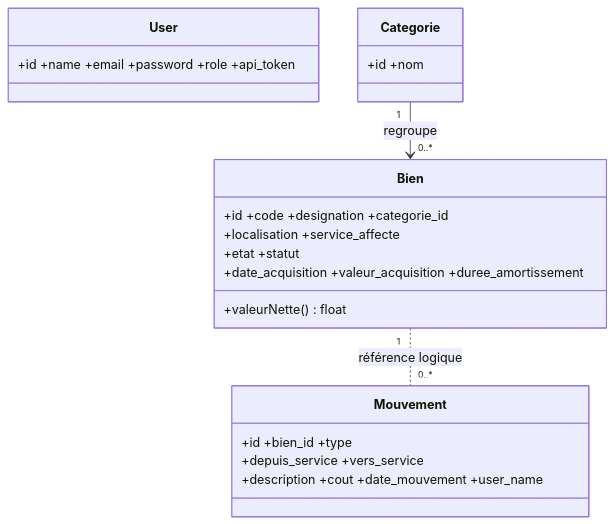
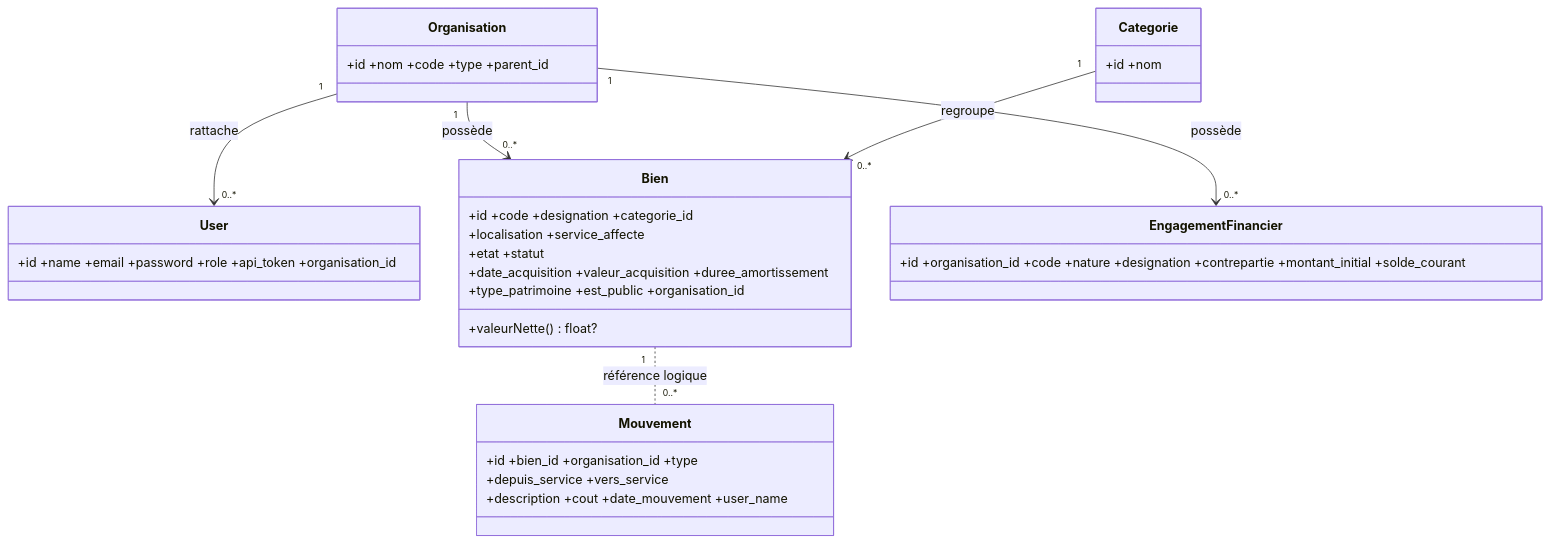
One commit to senoumawulomi-pixel/gestion-patrimoine-etat changed the third of 5 diagrams in README.md. Above: the diagram before and after it, drawn with Mermaid. The commit also changed other lines of this file, not shown here.

````diff
--- a/README.md
+++ b/README.md
@@ -72,19 +74,25 @@
 ```mermaid
 classDiagram
-  class User { +id +name +email +password +role +api_token }
+  class Organisation { +id +nom +code +type +parent_id }
+  class User { +id +name +email +password +role +api_token +organisation_id }
   class Categorie { +id +nom }
   class Bien {
     +id +code +designation +categorie_id
     +localisation +service_affecte
     +etat +statut
     +date_acquisition +valeur_acquisition +duree_amortissement
-    +valeurNette() float
+    +type_patrimoine +est_public +organisation_id
+    +valeurNette() float?
   }
   class Mouvement {
-    +id +bien_id +type
+    +id +bien_id +organisation_id +type
     +depuis_service +vers_service
     +description +cout +date_mouvement +user_name
   }
+  class EngagementFinancier { +id +organisation_id +code +nature +designation +contrepartie +montant_initial +solde_courant }
+  Organisation "1" --> "0..*" User : rattache
+  Organisation "1" --> "0..*" Bien : possède
+  Organisation "1" --> "0..*" EngagementFinancier : possède
   Categorie "1" --> "0..*" Bien : regroupe
   Bien "1" .. "0..*" Mouvement : référence logique
 ```
````
